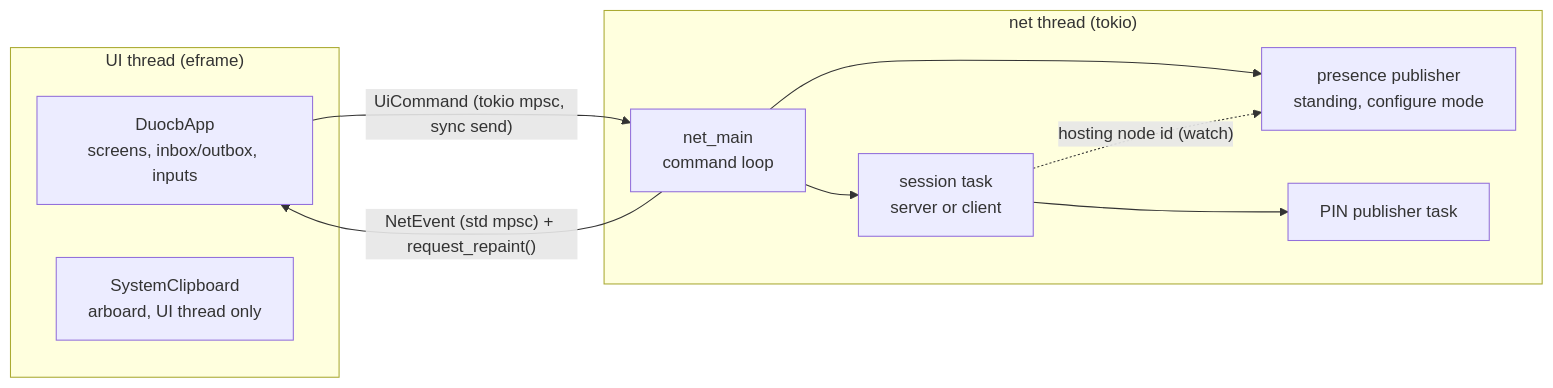
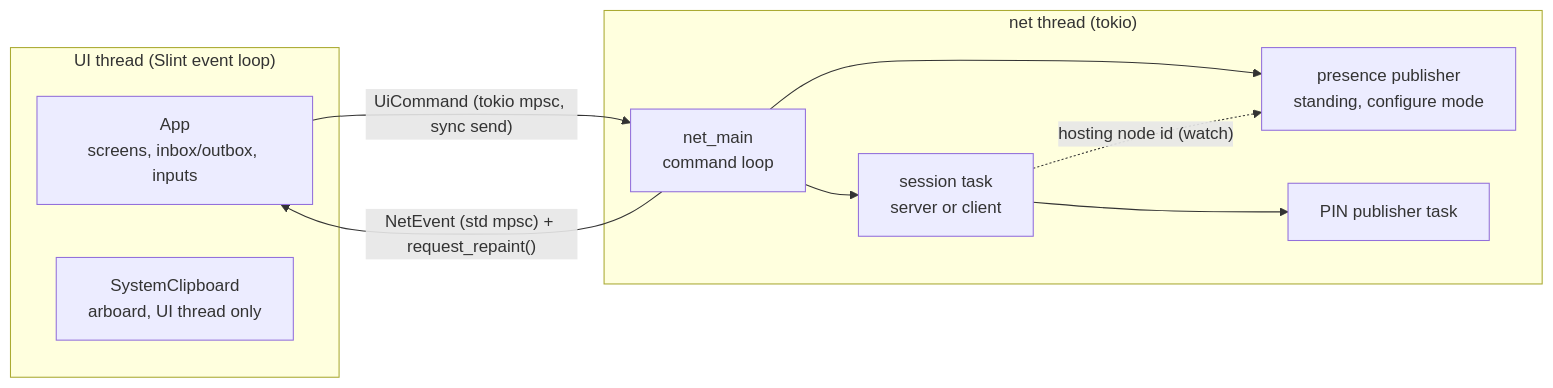
The diagram in docs/ARCHITECTURE.md (andrewtheguy/duocb), drawn with Mermaid before and after one commit. The commit also changed other lines of this file and 4 other files, not shown here.

````diff
--- a/docs/ARCHITECTURE.md
+++ b/docs/ARCHITECTURE.md
@@ -51,19 +63,19 @@
 ```mermaid
 graph LR
-    subgraph "UI thread (eframe)"
-        A[DuocbApp<br/>screens, inbox/outbox, inputs]
+    subgraph "UI thread (Slint event loop)"
+        A[App<br/>screens, inbox/outbox, inputs]
         CB[SystemClipboard<br/>arboard, UI thread only]
     end
     subgraph "net thread (tokio)"
         M[net_main<br/>command loop]
         S[session task<br/>server or client]
         PR[presence publisher<br/>standing, configure mode]
         P[PIN publisher task]
     end
     A -- "UiCommand (tokio mpsc, sync send)" --> M
     M -- "NetEvent (std mpsc) + request_repaint()" --> A
     M --> S
     M --> PR
     S --> P
     S -. "hosting node id (watch)" .-> PR
 ```
````
